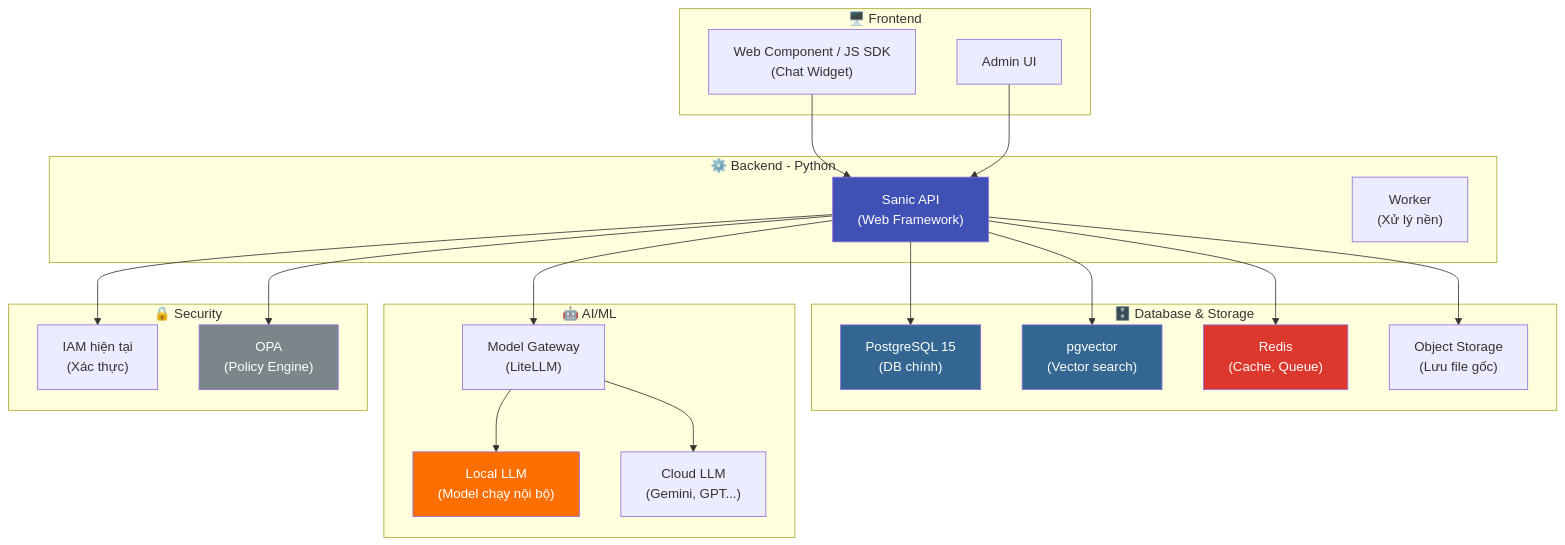
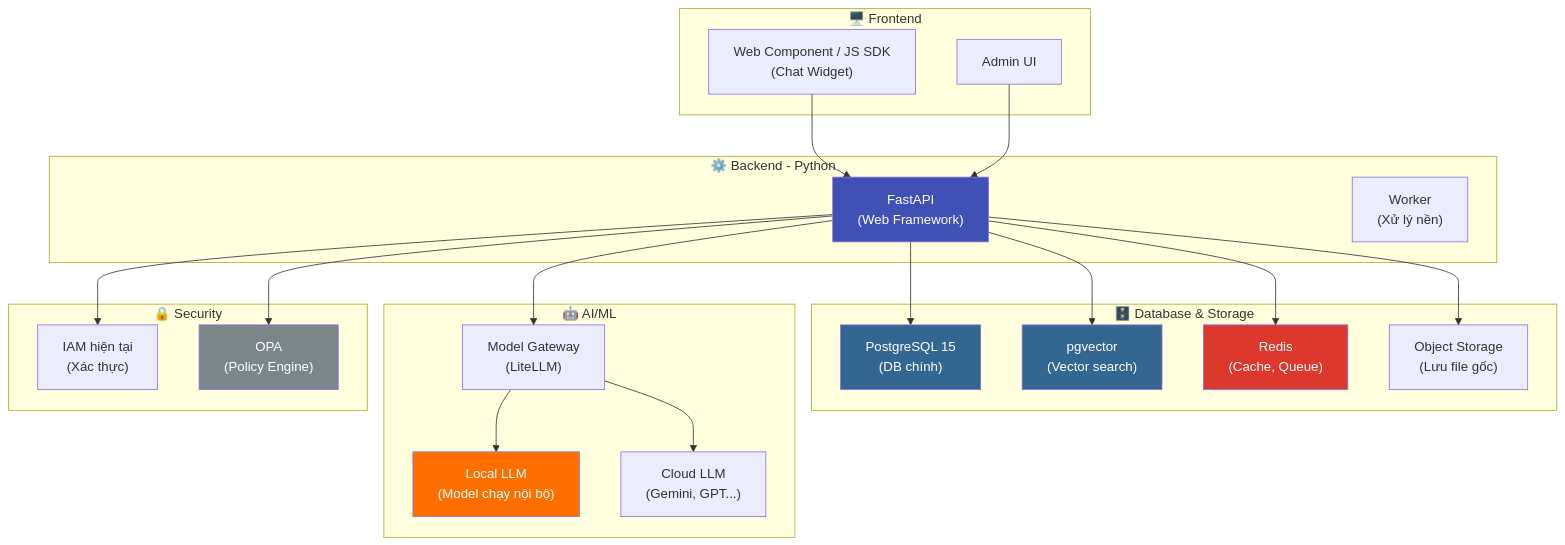
The second of 4 diagrams in project_analysis.md (TrongNamNguyen/Chat_Widget), drawn with Mermaid before and after one commit. The commit also changed other lines of this file, not shown here.

````diff
--- a/project_analysis.md
+++ b/project_analysis.md
@@ -72,49 +72,49 @@
 ```mermaid
 graph TB
     subgraph "🖥️ Frontend"
         W["Web Component / JS SDK<br/>(Chat Widget)"]
         AD["Admin UI"]
     end
     
     subgraph "⚙️ Backend - Python"
-        SA["Sanic API<br/>(Web Framework)"]
+        SA["FastAPI<br/>(Web Framework)"]
         WK["Worker<br/>(Xử lý nền)"]
     end
     
     subgraph "🗄️ Database & Storage"
         PG["PostgreSQL 15<br/>(DB chính)"]
         PV["pgvector<br/>(Vector search)"]
         RD["Redis<br/>(Cache, Queue)"]
         OS["Object Storage<br/>(Lưu file gốc)"]
     end
     
     subgraph "🤖 AI/ML"
         LM["Local LLM<br/>(Model chạy nội bộ)"]
         GW["Model Gateway<br/>(LiteLLM)"]
         CL["Cloud LLM<br/>(Gemini, GPT...)"]
     end
     
     subgraph "🔒 Security"
         IAM["IAM hiện tại<br/>(Xác thực)"]
         OPA["OPA<br/>(Policy Engine)"]
     end
     
     W --> SA
     AD --> SA
     SA --> PG
     SA --> PV
     SA --> RD
     SA --> OS
     SA --> GW
     GW --> LM
     GW --> CL
     SA --> IAM
     SA --> OPA
 
     style SA fill:#3F51B5,color:#fff
     style PG fill:#336791,color:#fff
     style PV fill:#336791,color:#fff
     style RD fill:#DC382D,color:#fff
     style LM fill:#FF6F00,color:#fff
     style OPA fill:#7B868A,color:#fff
 ```
````
